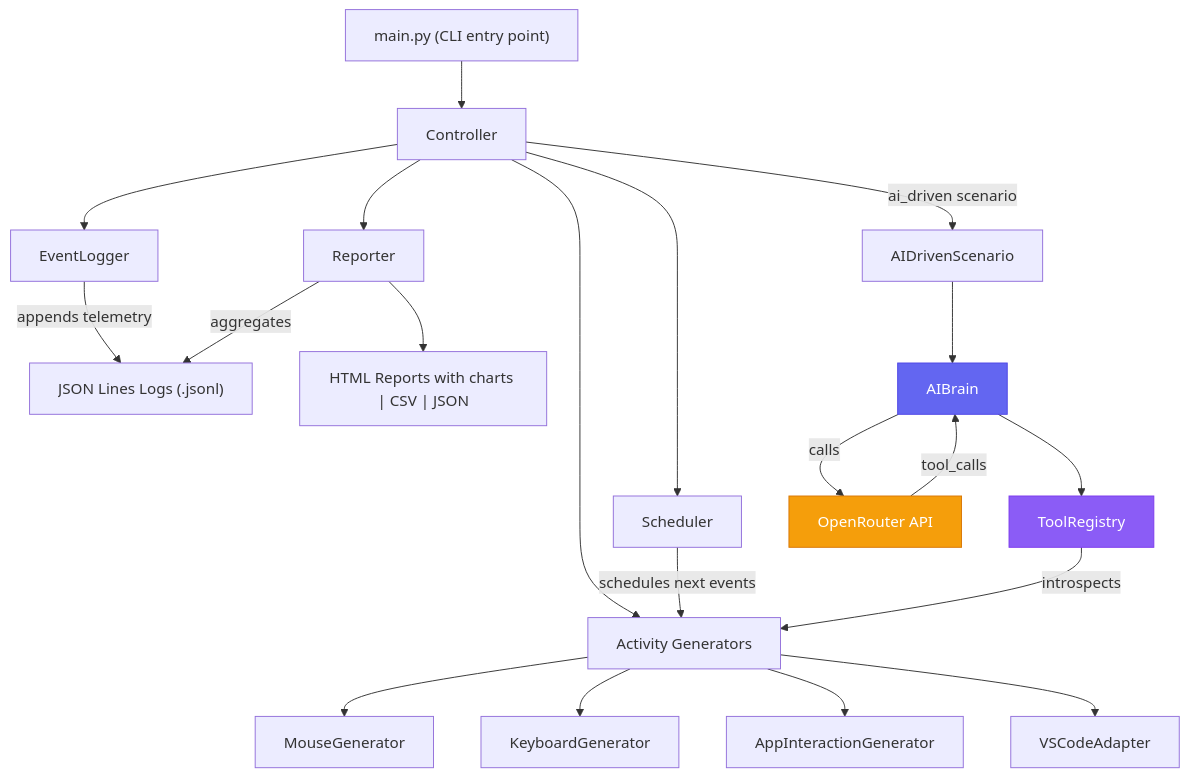
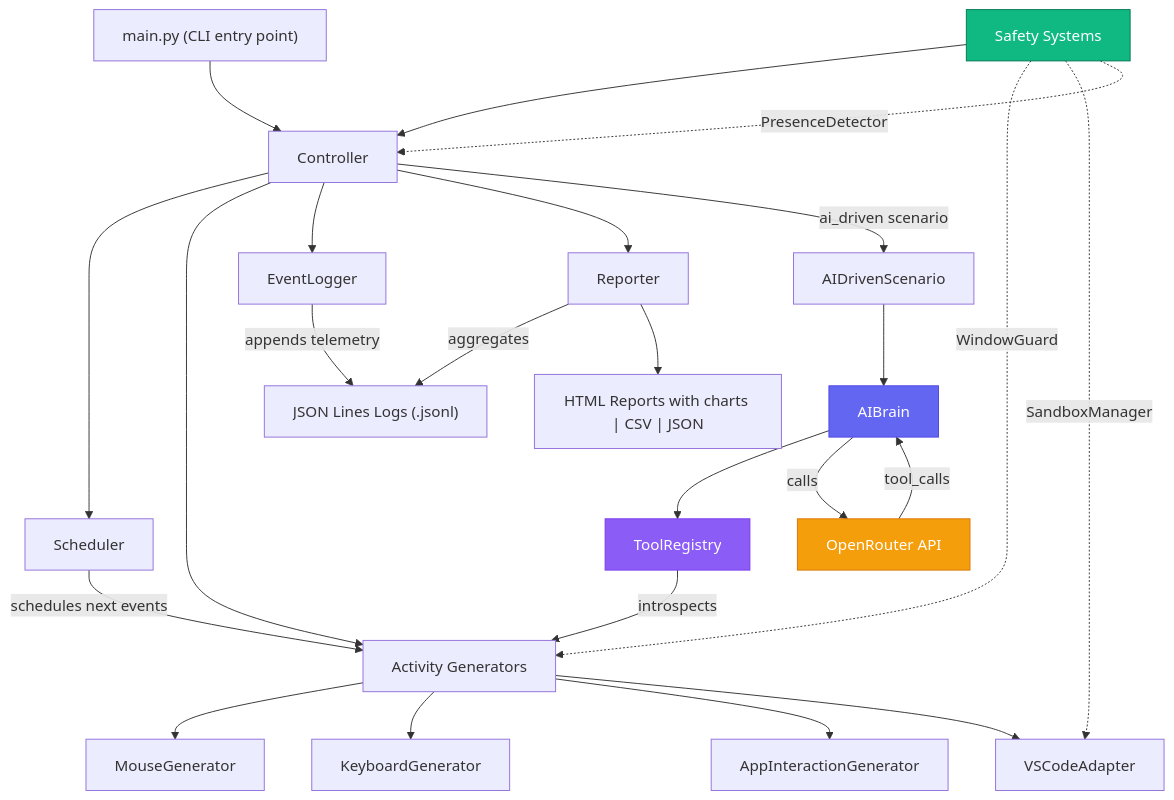
The diagram in README.md (gautamhitesh/jiggler), drawn with Mermaid before and after one commit. The commit also changed other lines of this file and 20 other files, not shown here.

Commit message:
feat: implement simulation framework with window safety guards and mouse activity generation

````diff
--- a/README.md
+++ b/README.md
@@ -48,29 +48,35 @@
 ```mermaid
 graph TD
     A["main.py (CLI entry point)"] --> B["Controller"]
     B --> C["Scheduler"]
     B --> D["Activity Generators"]
     B --> E["EventLogger"]
     B --> F["Reporter"]
     
     D --> G["MouseGenerator"]
     D --> H["KeyboardGenerator"]
     D --> I["AppInteractionGenerator"]
     D --> J["VSCodeAdapter"]
+    
+    Q["Safety Systems"] --> B
+    Q -.->|"WindowGuard"| D
+    Q -.->|"SandboxManager"| J
+    Q -.->|"PresenceDetector"| B
     
     C -->|"schedules next events"| D
     E -->|"appends telemetry"| K["JSON Lines Logs (.jsonl)"]
     F -->|"aggregates"| K
     F --> L["HTML Reports with charts | CSV | JSON"]
 
     B -->|"ai_driven scenario"| M["AIDrivenScenario"]
     M --> N["AIBrain"]
     N --> O["ToolRegistry"]
     O -->|"introspects"| D
     N -->|"calls"| P["OpenRouter API"]
     P -->|"tool_calls"| N
 
     style N fill:#6366f1,stroke:#4f46e5,color:#fff
     style P fill:#f59e0b,stroke:#d97706,color:#fff
     style O fill:#8b5cf6,stroke:#7c3aed,color:#fff
+    style Q fill:#10b981,stroke:#047857,color:#fff
 ```
````
